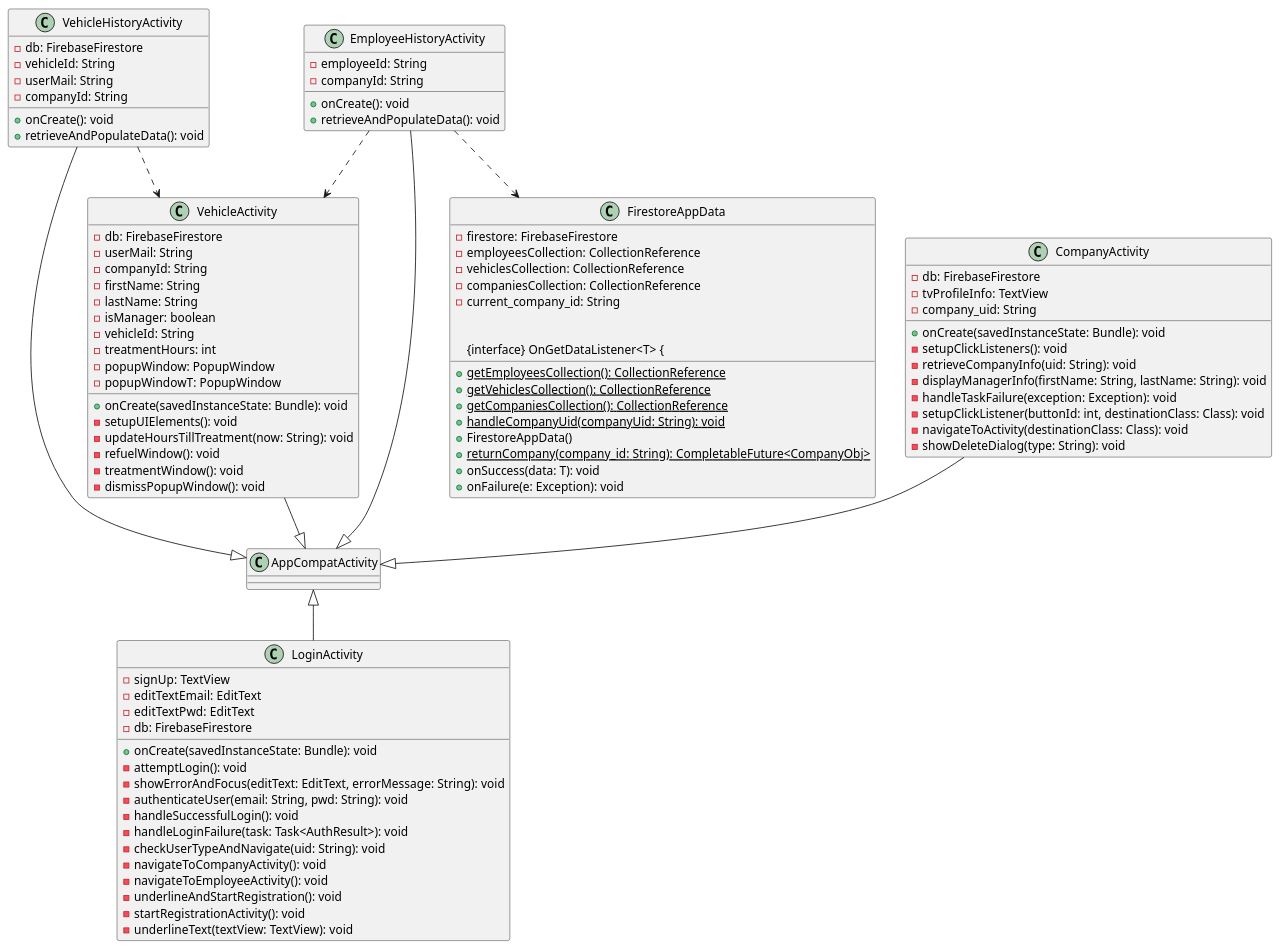
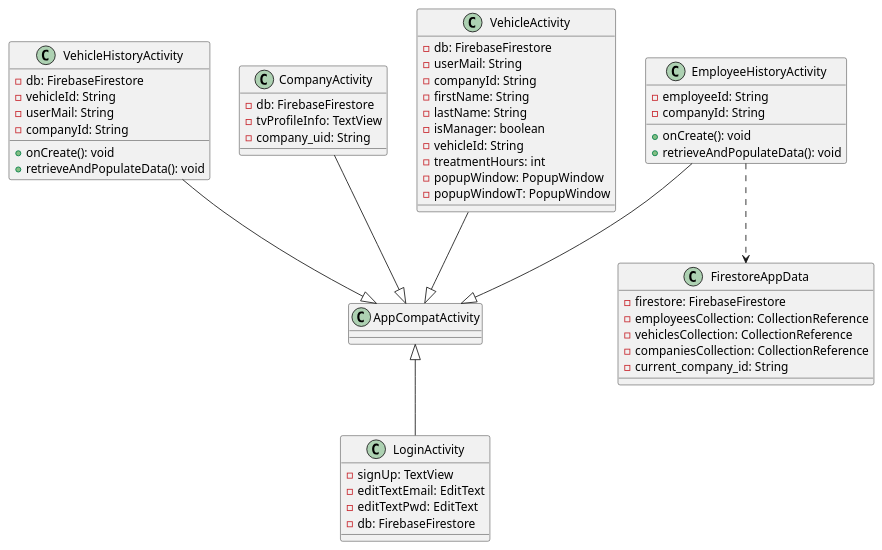
The second of 4 diagrams in app/src/main/java/com/example/autotrack/ClassDiagram.puml (Aviost111/AutoTrack), drawn with PlantUML before and after one commit. The commit also changed 3 other files, not shown here.

Commit message:
diagrams

```diff
--- a/app/src/main/java/com/example/autotrack/ClassDiagram.puml
+++ b/app/src/main/java/com/example/autotrack/ClassDiagram.puml
@@ -60,104 +60,104 @@
 @startuml
 
 class AppCompatActivity
 
 class VehicleHistoryActivity {
     - db: FirebaseFirestore
     - vehicleId: String
     - userMail: String
     - companyId: String
 
     + onCreate(): void
     + retrieveAndPopulateData(): void
 }
 
 class EmployeeHistoryActivity {
     - employeeId: String
     - companyId: String
 
     + onCreate(): void
     + retrieveAndPopulateData(): void
 }
 
 class CompanyActivity {
     - db: FirebaseFirestore
     - tvProfileInfo: TextView
     - company_uid: String
 
-    + onCreate(savedInstanceState: Bundle): void
-    - setupClickListeners(): void
-    - retrieveCompanyInfo(uid: String): void
-    - displayManagerInfo(firstName: String, lastName: String): void
-    - handleTaskFailure(exception: Exception): void
-    - setupClickListener(buttonId: int, destinationClass: Class): void
-    - navigateToActivity(destinationClass: Class): void
-    - showDeleteDialog(type: String): void
+'    + onCreate(savedInstanceState: Bundle): void
+'    - setupClickListeners(): void
+'    - retrieveCompanyInfo(uid: String): void
+'    - displayManagerInfo(firstName: String, lastName: String): void
+'    - handleTaskFailure(exception: Exception): void
+'    - setupClickListener(buttonId: int, destinationClass: Class): void
+'    - navigateToActivity(destinationClass: Class): void
+'    - showDeleteDialog(type: String): void
 }
 
 class VehicleActivity {
     - db: FirebaseFirestore
     - userMail: String
     - companyId: String
     - firstName: String
     - lastName: String
     - isManager: boolean
     - vehicleId: String
     - treatmentHours: int
     - popupWindow: PopupWindow
     - popupWindowT: PopupWindow
 
-    + onCreate(savedInstanceState: Bundle): void
-    - setupUIElements(): void
-    - updateHoursTillTreatment(now: String): void
-    - refuelWindow(): void
-    - treatmentWindow(): void
-    - dismissPopupWindow(): void
+'    + onCreate(savedInstanceState: Bundle): void
+'    - setupUIElements(): void
+'    - updateHoursTillTreatment(now: String): void
+'    - refuelWindow(): void
+'    - treatmentWindow(): void
+'    - dismissPopupWindow(): void
 }
 
 class LoginActivity extends AppCompatActivity {
     - signUp: TextView
     - editTextEmail: EditText
     - editTextPwd: EditText
     - db: FirebaseFirestore
 
-    + onCreate(savedInstanceState: Bundle): void
-    - attemptLogin(): void
-    - showErrorAndFocus(editText: EditText, errorMessage: String): void
-    - authenticateUser(email: String, pwd: String): void
-    - handleSuccessfulLogin(): void
-    - handleLoginFailure(task: Task<AuthResult>): void
-    - checkUserTypeAndNavigate(uid: String): void
-    - navigateToCompanyActivity(): void
-    - navigateToEmployeeActivity(): void
-    - underlineAndStartRegistration(): void
-    - startRegistrationActivity(): void
-    - underlineText(textView: TextView): void
+'    + onCreate(savedInstanceState: Bundle): void
+'    - attemptLogin(): void
+'    - showErrorAndFocus(editText: EditText, errorMessage: String): void
+'    - authenticateUser(email: String, pwd: String): void
+'    - handleSuccessfulLogin(): void
+'    - handleLoginFailure(task: Task<AuthResult>): void
+'    - checkUserTypeAndNavigate(uid: String): void
+'    - navigateToCompanyActivity(): void
+'    - navigateToEmployeeActivity(): void
+'    - underlineAndStartRegistration(): void
+'    - startRegistrationActivity(): void
+'    - underlineText(textView: TextView): void
 }
 
 class FirestoreAppData {
     - firestore: FirebaseFirestore
     - employeesCollection: CollectionReference
     - vehiclesCollection: CollectionReference
     - companiesCollection: CollectionReference
     - current_company_id: String
 
-    {static} + getEmployeesCollection(): CollectionReference
-    {static} + getVehiclesCollection(): CollectionReference
-    {static} + getCompaniesCollection(): CollectionReference
-    {static} + handleCompanyUid(companyUid: String): void
-    + FirestoreAppData()
-    {static} + returnCompany(company_id: String): CompletableFuture<CompanyObj>
+'    {static} + getEmployeesCollection(): CollectionReference
+'    {static} + getVehiclesCollection(): CollectionReference
+'    {static} + getCompaniesCollection(): CollectionReference
+'    {static} + handleCompanyUid(companyUid: String): void
+'    + FirestoreAppData()
+'    {static} + returnCompany(company_id: String): CompletableFuture<CompanyObj>
 
-    {interface} OnGetDataListener<T> {
-        + onSuccess(data: T): void
-        + onFailure(e: Exception): void
+'    {interface} OnGetDataListener<T> {
+'        + onSuccess(data: T): void
+'        + onFailure(e: Exception): void
     }
 
 EmployeeHistoryActivity..> FirestoreAppData
 EmployeeHistoryActivity --|> AppCompatActivity
-EmployeeHistoryActivity ..> VehicleActivity
+'EmployeeHistoryActivity ..> VehicleActivity
 CompanyActivity --|> AppCompatActivity
-VehicleHistoryActivity ..> VehicleActivity
+'VehicleHistoryActivity ..> VehicleActivity
 VehicleHistoryActivity --|> AppCompatActivity
 VehicleActivity --|>  AppCompatActivity
 @enduml
```
